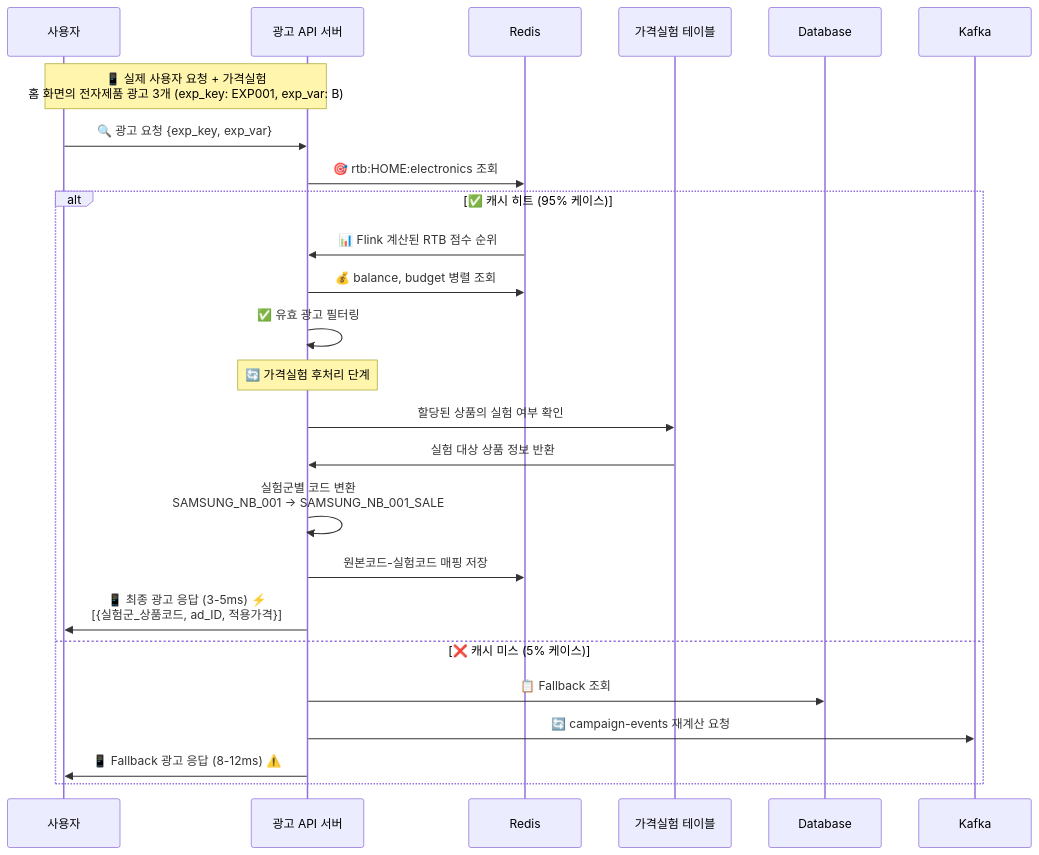
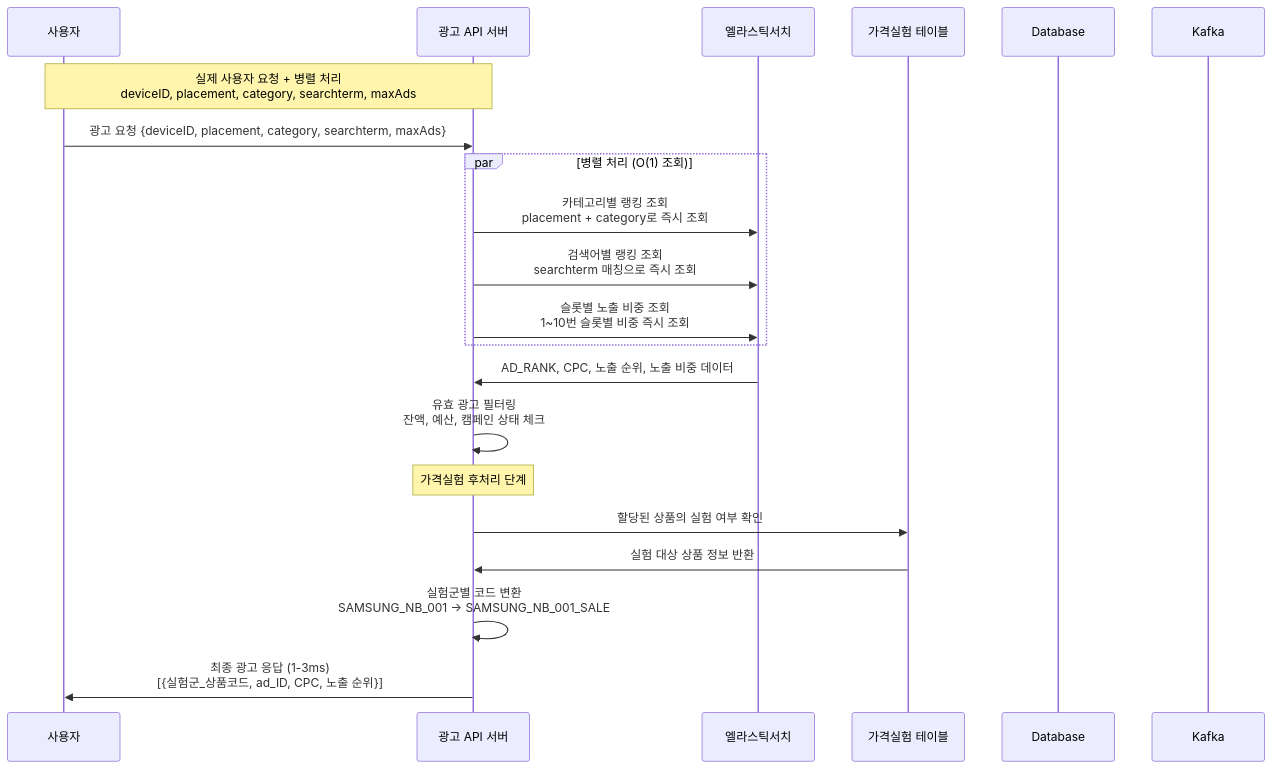
One commit to smk692/advertisement-project changed the fourth of 6 diagrams in docs/2. 설계/2-2. 아키텍처.md. Above: the diagram before and after it, drawn with Mermaid. The commit also changed other lines of this file and 15 other files, not shown here.

````diff
--- a/docs/2. 설계/2-2. 아키텍처.md
+++ b/docs/2. 설계/2-2. 아키텍처.md
@@ -217,33 +231,30 @@
 ```mermaid
 sequenceDiagram
     participant U as 사용자
     participant API as 광고 API 서버
-    participant R as Redis
+    participant ES as 엘라스틱서치
     participant EXP as 가격실험 테이블
     participant DB as Database
     participant K as Kafka
     
-    Note over U,API: 📱 실제 사용자 요청 + 가격실험<br/>홈 화면의 전자제품 광고 3개 (exp_key: EXP001, exp_var: B)
+    Note over U,API: 실제 사용자 요청 + 병렬 처리<br/>deviceID, placement, category, searchterm, maxAds
     
-    U->>API: 🔍 광고 요청 {exp_key, exp_var}
-    API->>R: 🎯 rtb:HOME:electronics 조회
+    U->>API: 광고 요청 {deviceID, placement, category, searchterm, maxAds}
     
-    alt ✅ 캐시 히트 (95% 케이스)
-        R->>API: 📊 Flink 계산된 RTB 점수 순위
-        API->>R: 💰 balance, budget 병렬 조회
-        API->>API: ✅ 유효 광고 필터링
-        
-        Note over API: 🔄 가격실험 후처리 단계
-        API->>EXP: 할당된 상품의 실험 여부 확인
-        EXP->>API: 실험 대상 상품 정보 반환
-        API->>API: 실험군별 코드 변환<br/>SAMSUNG_NB_001 → SAMSUNG_NB_001_SALE
-        API->>R: 원본코드-실험코드 매핑 저장
-        
-        API->>U: 📱 최종 광고 응답 (3-5ms) ⚡<br/>[{실험군_상품코드, ad_ID, 적용가격}]
-        
-    else ❌ 캐시 미스 (5% 케이스)
-        API->>DB: 📋 Fallback 조회
-        API->>K: 🔄 campaign-events 재계산 요청
-        API->>U: 📱 Fallback 광고 응답 (8-12ms) ⚠️
+    par 병렬 처리 (O(1) 조회)
+        API->>ES: 카테고리별 랭킹 조회<br/>placement + category로 즉시 조회
+        API->>ES: 검색어별 랭킹 조회<br/>searchterm 매칭으로 즉시 조회
+        API->>ES: 슬롯별 노출 비중 조회<br/>1~10번 슬롯별 비중 즉시 조회
     end
+    
+    ES->>API: AD_RANK, CPC, 노출 순위, 노출 비중 데이터
+    
+    API->>API: 유효 광고 필터링<br/>잔액, 예산, 캠페인 상태 체크
+    
+    Note over API: 가격실험 후처리 단계
+    API->>EXP: 할당된 상품의 실험 여부 확인
+    EXP->>API: 실험 대상 상품 정보 반환
+    API->>API: 실험군별 코드 변환<br/>SAMSUNG_NB_001 → SAMSUNG_NB_001_SALE
+    
+    API->>U: 최종 광고 응답 (1-3ms)<br/>[{실험군_상품코드, ad_ID, CPC, 노출 순위}]
 ```
````
